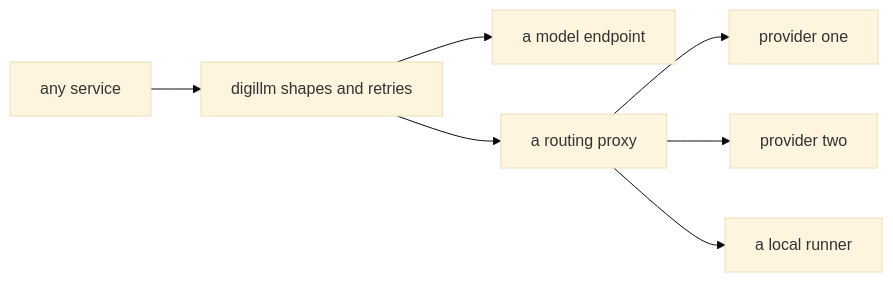
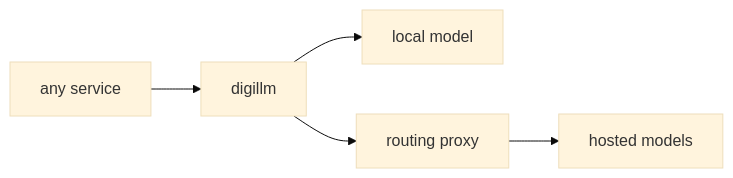
The diagram in apps/digithings-web/content/book/11-digillm/index.mdx (digithings-ai/digithings), drawn with Mermaid (base theme) before and after one commit. The commit also changed other lines of this file and 75 other files, not shown here.

````diff
--- a/apps/digithings-web/content/book/11-digillm/index.mdx
+++ b/apps/digithings-web/content/book/11-digillm/index.mdx
@@ -35,9 +27,7 @@
-```mermaid
+```mermaid any service reaches any model through one layer; the provider is a setting
 flowchart LR
-  SVC[any service] --> LIB[digillm shapes and retries]
-  LIB --> DIRECT[a model endpoint]
-  LIB --> PROXY[a routing proxy]
-  PROXY --> M1[provider one]
-  PROXY --> M2[provider two]
-  PROXY --> LOCAL[a local runner]
+  SVC[any service] --> LIB[digillm]
+  LIB --> LOCAL[local model]
+  LIB --> PROXY[routing proxy]
+  PROXY --> HOSTED[hosted models]
 ```
````
